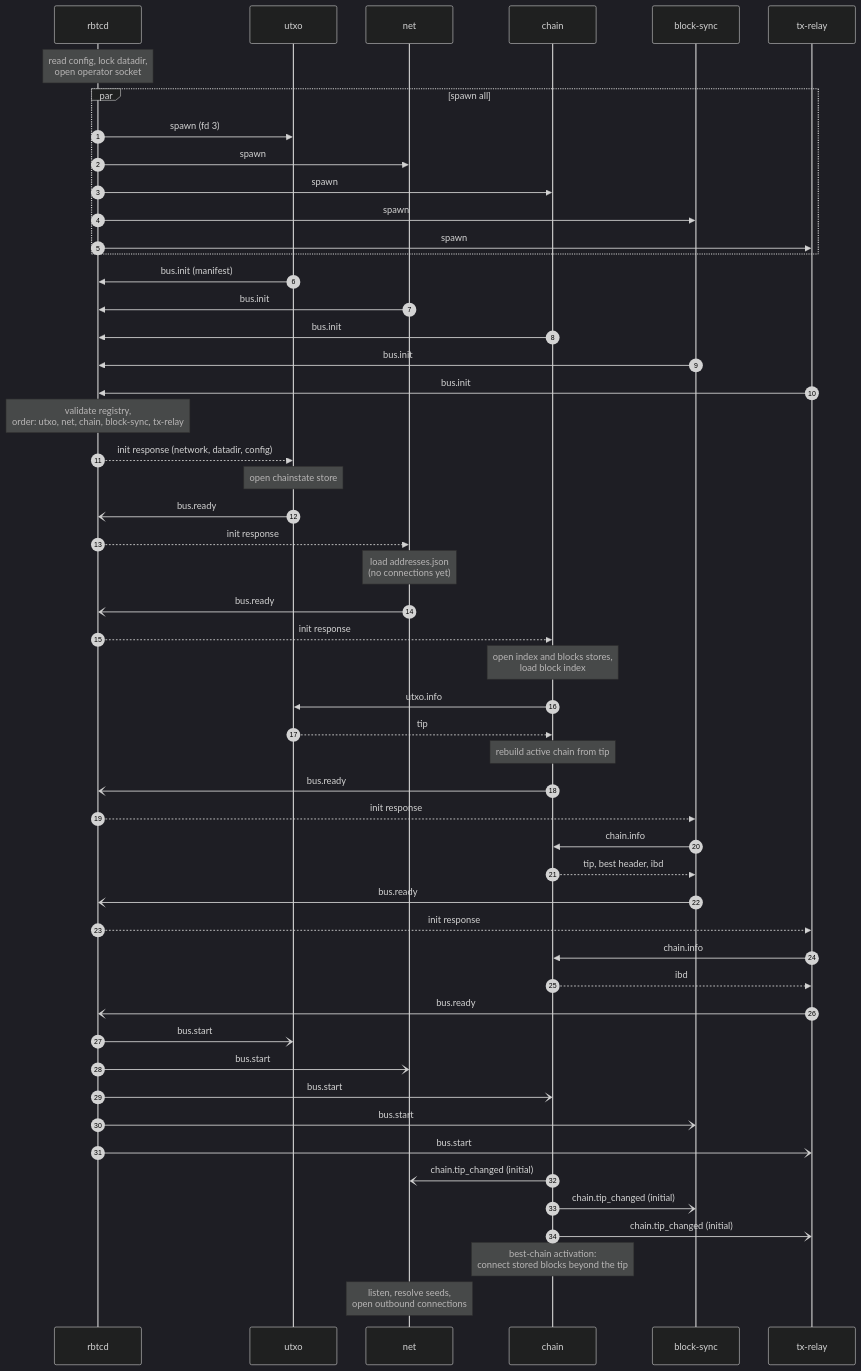
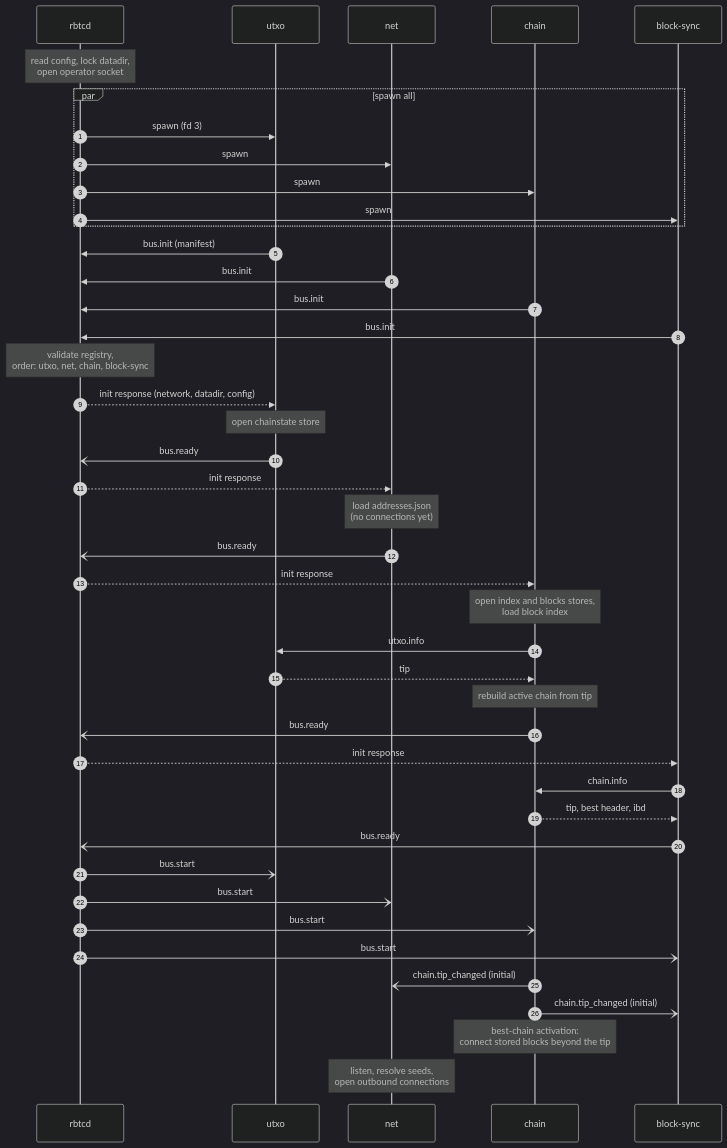
Before and after one commit to RustBTCD/btcd: the first of 4 diagrams in docs/flows/startup-and-shutdown.md, drawn with Mermaid (dark theme). The commit also changed other lines of this file and 31 other files, not shown here.

````diff
--- a/docs/flows/startup-and-shutdown.md
+++ b/docs/flows/startup-and-shutdown.md
@@ -7,57 +8,48 @@
 ```mermaid
 sequenceDiagram
     autonumber
     participant M as rbtcd
     participant U as utxo
     participant N as net
     participant C as chain
     participant BS as block-sync
-    participant TR as tx-relay
 
     Note over M: read config, lock datadir,<br/>open operator socket
     par spawn all
         M->>U: spawn (fd 3)
         M->>N: spawn
         M->>C: spawn
         M->>BS: spawn
-        M->>TR: spawn
     end
     U->>M: bus.init (manifest)
     N->>M: bus.init
     C->>M: bus.init
     BS->>M: bus.init
-    TR->>M: bus.init
-    Note over M: validate registry,<br/>order: utxo, net, chain, block-sync, tx-relay
+    Note over M: validate registry,<br/>order: utxo, net, chain, block-sync
 
     M-->>U: init response (network, datadir, config)
     Note over U: open chainstate store
     U-)M: bus.ready
     M-->>N: init response
     Note over N: load addresses.json<br/>(no connections yet)
     N-)M: bus.ready
     M-->>C: init response
     Note over C: open index and blocks stores,<br/>load block index
     C->>U: utxo.info
     U-->>C: tip
     Note over C: rebuild active chain from tip
     C-)M: bus.ready
     M-->>BS: init response
     BS->>C: chain.info
     C-->>BS: tip, best header, ibd
     BS-)M: bus.ready
-    M-->>TR: init response
-    TR->>C: chain.info
-    C-->>TR: ibd
-    TR-)M: bus.ready
 
     M-)U: bus.start
     M-)N: bus.start
     M-)C: bus.start
     M-)BS: bus.start
-    M-)TR: bus.start
     C-)N: chain.tip_changed (initial)
     C-)BS: chain.tip_changed (initial)
-    C-)TR: chain.tip_changed (initial)
     Note over C: best-chain activation:<br/>connect stored blocks beyond the tip
     Note over N: listen, resolve seeds,<br/>open outbound connections
 ```
````
